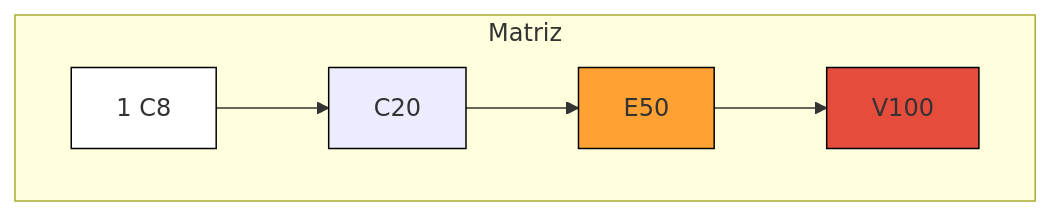
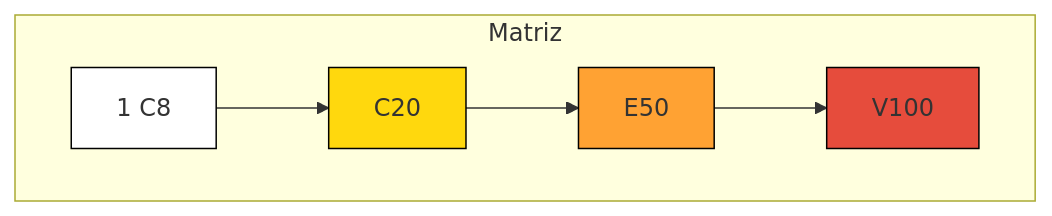
One commit to AnandaMazine/Metodo-Agil-Crystal changed the diagram in README.md. Above: the diagram before and after it, drawn with Mermaid.

````diff
--- a/README.md
+++ b/README.md
@@ -3,11 +3,11 @@
 ```mermaid
 graph TD
   subgraph Matriz
 A1["1 C8"]:::branco --> A2["C20"]:::amarelo --> A3["E50"]:::laranja --> A4["V100"]:::vermelho
 
 end
 classDef branco fill:#fff, stroke:#000, stroke-width:1px;
-classDef amarelo fill:#FFD8D, stroke:#000, stroke-width:1px;
+classDef amarelo fill:#FFD80D, stroke:#000, stroke-width:1px;
 classDef laranja fill:#FFA233, stroke:#000, stroke-width:1px;
 classDef vermelho fill:#E64C3C, stroke:#000, stroke-width:1px;
 ```
````
